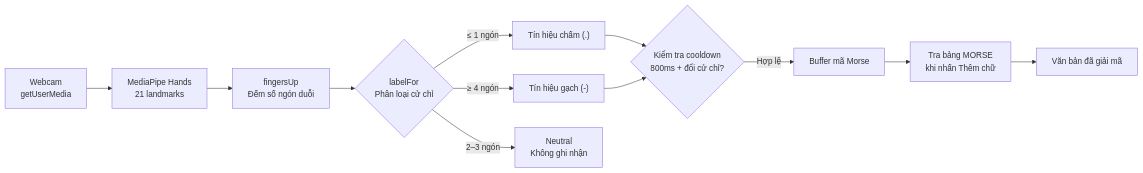
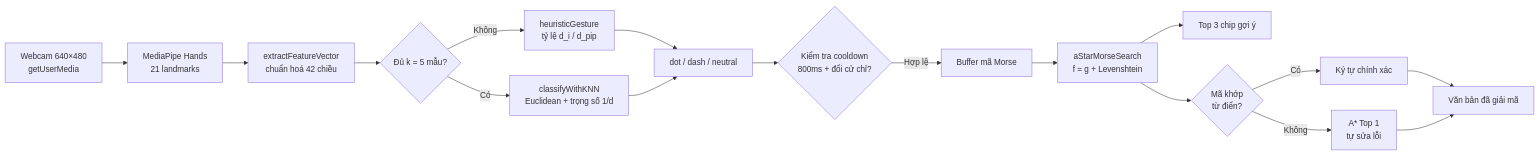
One commit to trongsupham318/AI-project changed the diagram in README.md. Above: the diagram before and after it, drawn with Mermaid. The commit also changed other lines of this file and 3 other files, not shown here.

First line of the commit message:
feat: k-NN gesture classifier + A* Morse search + interactive trainer

````diff
--- a/README.md
+++ b/README.md
@@ -44,14 +48,19 @@
 ```mermaid
 flowchart LR
-    A[Webcam<br/>getUserMedia] --> B[MediaPipe Hands<br/>21 landmarks]
-    B --> C[fingersUp<br/>Đếm số ngón duỗi]
-    C --> D{labelFor<br/>Phân loại cử chỉ}
-    D -->|≤ 1 ngón| E["Tín hiệu chấm (.)"]
-    D -->|≥ 4 ngón| F["Tín hiệu gạch (-)"]
-    D -->|2–3 ngón| G[Neutral<br/>Không ghi nhận]
-    E --> H{Kiểm tra cooldown<br/>800ms + đổi cử chỉ?}
-    F --> H
+    A[Webcam 640×480<br/>getUserMedia] --> B[MediaPipe Hands<br/>21 landmarks]
+    B --> C[extractFeatureVector<br/>chuẩn hoá 42 chiều]
+    C --> D{Đủ k = 5 mẫu?}
+    D -->|Không| E[heuristicGesture<br/>tỷ lệ d_i / d_pip]
+    D -->|Có| F[classifyWithKNN<br/>Euclidean + trọng số 1/d]
+    E --> G[dot / dash / neutral]
+    F --> G
+    G --> H{Kiểm tra cooldown<br/>800ms + đổi cử chỉ?}
     H -->|Hợp lệ| I[Buffer mã Morse]
-    I --> J[Tra bảng MORSE<br/>khi nhấn Thêm chữ]
-    J --> K[Văn bản đã giải mã]
+    I --> J[aStarMorseSearch<br/>f = g + Levenshtein]
+    J --> K[Top 3 chip gợi ý]
+    J --> L{Mã khớp<br/>từ điển?}
+    L -->|Có| M[Ký tự chính xác]
+    L -->|Không| N[A* Top 1<br/>tự sửa lỗi]
+    M --> O[Văn bản đã giải mã]
+    N --> O
 ```
````
